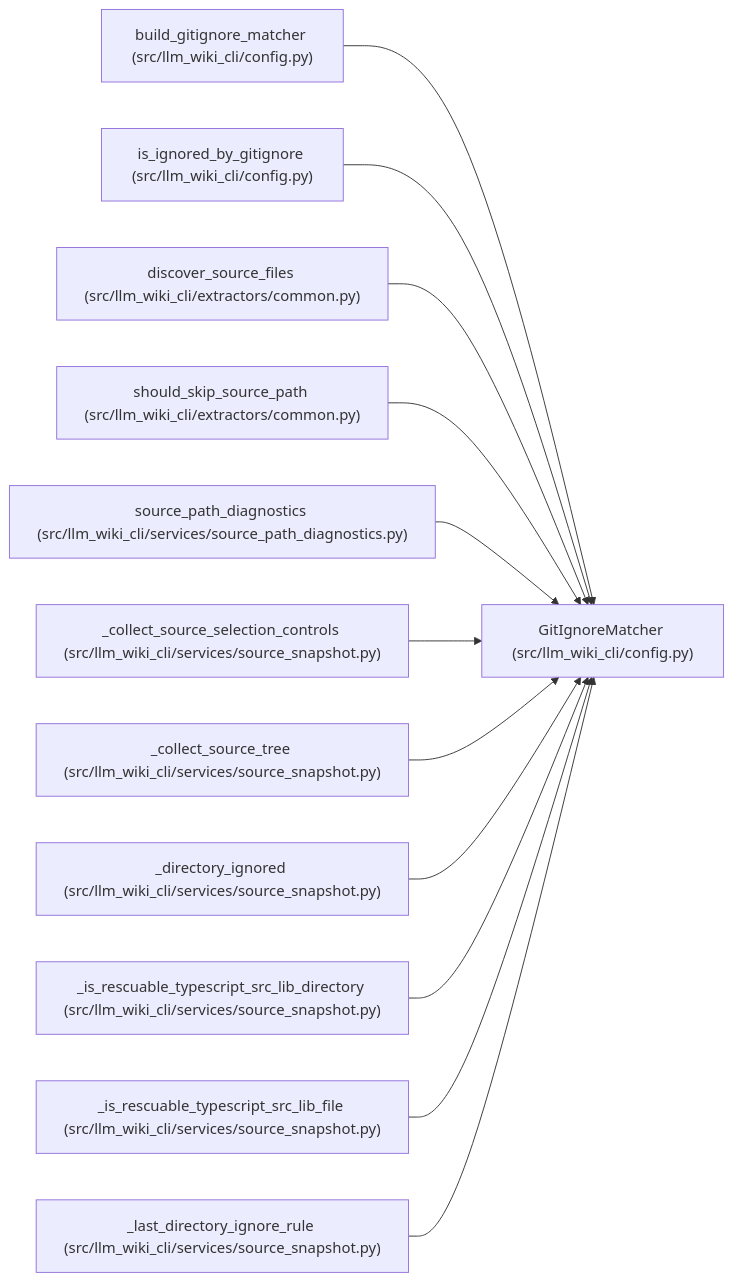
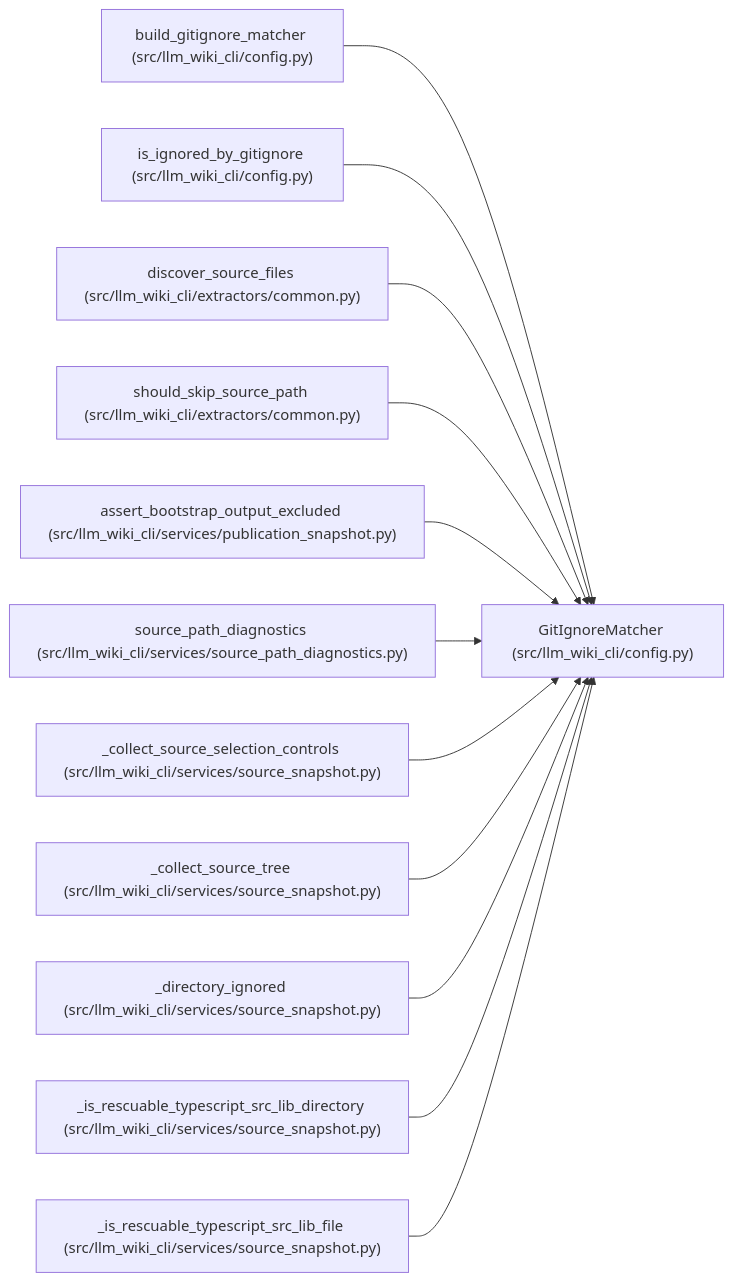
Before and after one commit to Denissvgn/python-wiki-llm: the diagram in docs/llm_wiki/entities/GitIgnoreMatcher.md, drawn with Mermaid. The commit also changed other lines of this file and 318 other files, not shown here.

````diff
--- a/docs/llm_wiki/entities/GitIgnoreMatcher.md
+++ b/docs/llm_wiki/entities/GitIgnoreMatcher.md
@@ -31,38 +31,38 @@
 ```mermaid
 flowchart LR
     n0["GitIgnoreMatcher (src/llm_wiki_cli/config.py)"]
     n1["build_gitignore_matcher (src/llm_wiki_cli/config.py)"]
     n2["is_ignored_by_gitignore (src/llm_wiki_cli/config.py)"]
     n3["discover_source_files (src/llm_wiki_cli/extractors/common.py)"]
     n4["should_skip_source_path (src/llm_wiki_cli/extractors/common.py)"]
-    n5["source_path_diagnostics (src/llm_wiki_cli/services/source_path_diagnostics.py)"]
-    n6["_collect_source_selection_controls (src/llm_wiki_cli/services/source_snapshot.py)"]
-    n7["_collect_source_tree (src/llm_wiki_cli/services/source_snapshot.py)"]
-    n8["_directory_ignored (src/llm_wiki_cli/services/source_snapshot.py)"]
-    n9["_is_rescuable_typescript_src_lib_directory (src/llm_wiki_cli/services/source_snapshot.py)"]
-    n10["_is_rescuable_typescript_src_lib_file (src/llm_wiki_cli/services/source_snapshot.py)"]
-    n11["_last_directory_ignore_rule (src/llm_wiki_cli/services/source_snapshot.py)"]
+    n5["assert_bootstrap_output_excluded (src/llm_wiki_cli/services/publication_snapshot.py)"]
+    n6["source_path_diagnostics (src/llm_wiki_cli/services/source_path_diagnostics.py)"]
+    n7["_collect_source_selection_controls (src/llm_wiki_cli/services/source_snapshot.py)"]
+    n8["_collect_source_tree (src/llm_wiki_cli/services/source_snapshot.py)"]
+    n9["_directory_ignored (src/llm_wiki_cli/services/source_snapshot.py)"]
+    n10["_is_rescuable_typescript_src_lib_directory (src/llm_wiki_cli/services/source_snapshot.py)"]
+    n11["_is_rescuable_typescript_src_lib_file (src/llm_wiki_cli/services/source_snapshot.py)"]
     n1 --> n0
     n2 --> n0
     n3 --> n0
     n4 --> n0
     n5 --> n0
     n6 --> n0
     n7 --> n0
     n8 --> n0
     n9 --> n0
     n10 --> n0
     n11 --> n0
     click n0 "../modules/config.md"
     click n1 "../modules/config.md"
     click n2 "../modules/config.md"
     click n3 "../modules/common.md"
     click n4 "../modules/common.md"
-    click n5 "../modules/source_path_diagnostics.md"
-    click n6 "../modules/source_snapshot.md"
+    click n5 "../modules/publication_snapshot.md"
+    click n6 "../modules/source_path_diagnostics.md"
     click n7 "../modules/source_snapshot.md"
     click n8 "../modules/source_snapshot.md"
     click n9 "../modules/source_snapshot.md"
     click n10 "../modules/source_snapshot.md"
     click n11 "../modules/source_snapshot.md"
 ```
````
